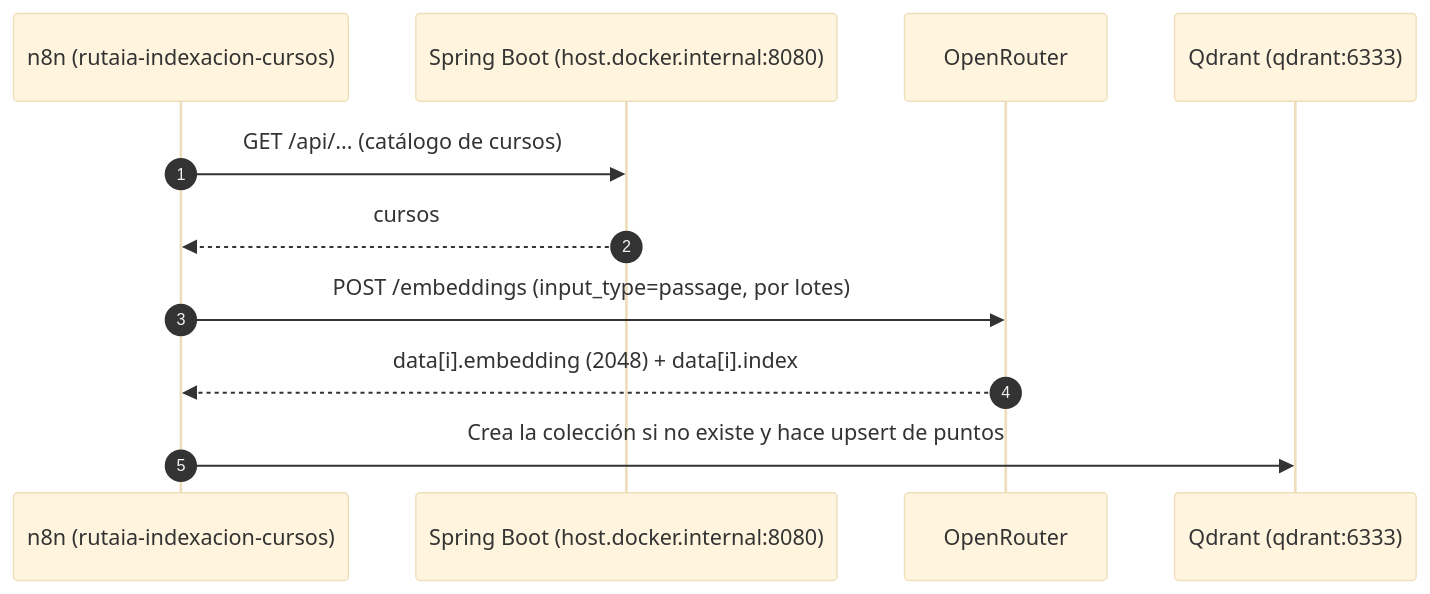
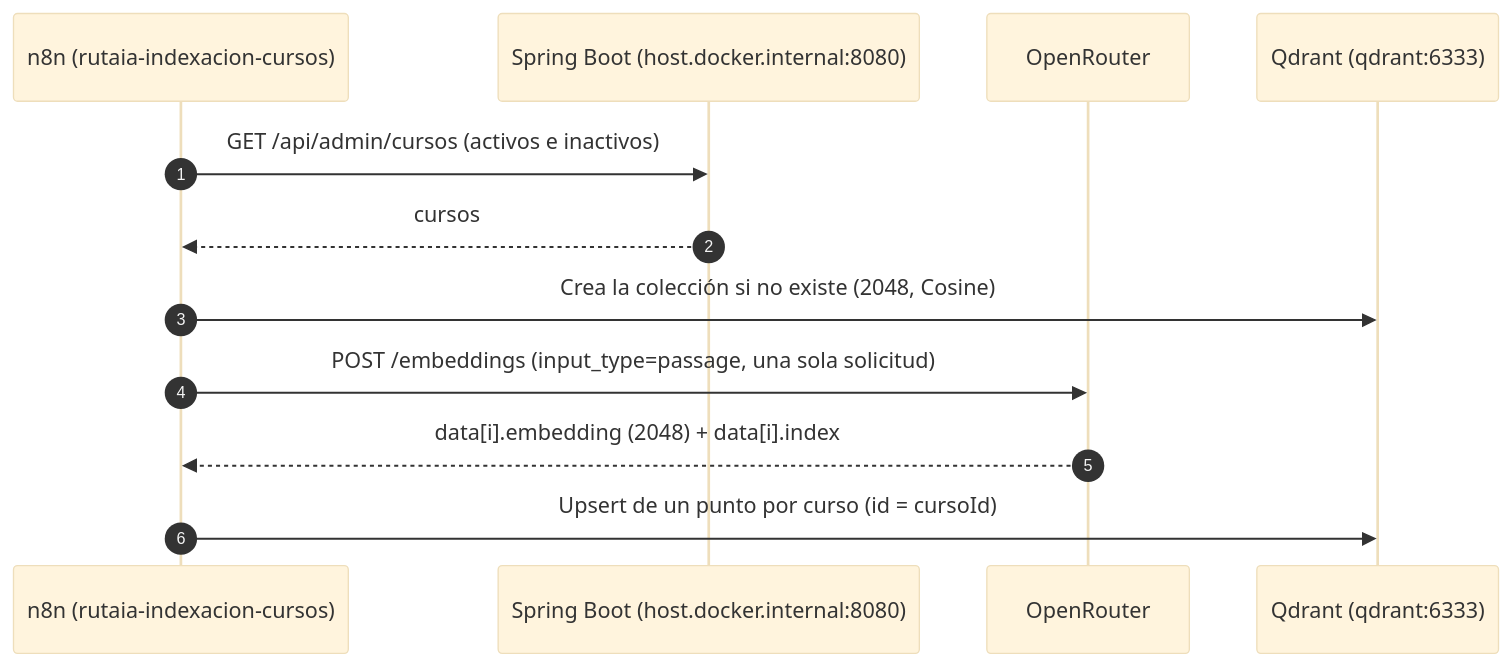
Before and after one commit to JeshuaPerez/RutIA: the third of 5 diagrams in docs/arquitectura.md, drawn with Mermaid (base theme). The commit also changed other lines of this file and 106 other files, not shown here.

````diff
--- a/docs/arquitectura.md
+++ b/docs/arquitectura.md
@@ -71,14 +79,15 @@
 ```mermaid
 sequenceDiagram
     autonumber
     participant N as n8n (rutaia-indexacion-cursos)
     participant API as Spring Boot (host.docker.internal:8080)
     participant OR as OpenRouter
     participant Q as Qdrant (qdrant:6333)
 
-    N->>API: GET /api/... (catálogo de cursos)
+    N->>API: GET /api/admin/cursos (activos e inactivos)
     API-->>N: cursos
-    N->>OR: POST /embeddings (input_type=passage, por lotes)
+    N->>Q: Crea la colección si no existe (2048, Cosine)
+    N->>OR: POST /embeddings (input_type=passage, una sola solicitud)
     OR-->>N: data[i].embedding (2048) + data[i].index
-    N->>Q: Crea la colección si no existe y hace upsert de puntos
+    N->>Q: Upsert de un punto por curso (id = cursoId)
 ```
````
